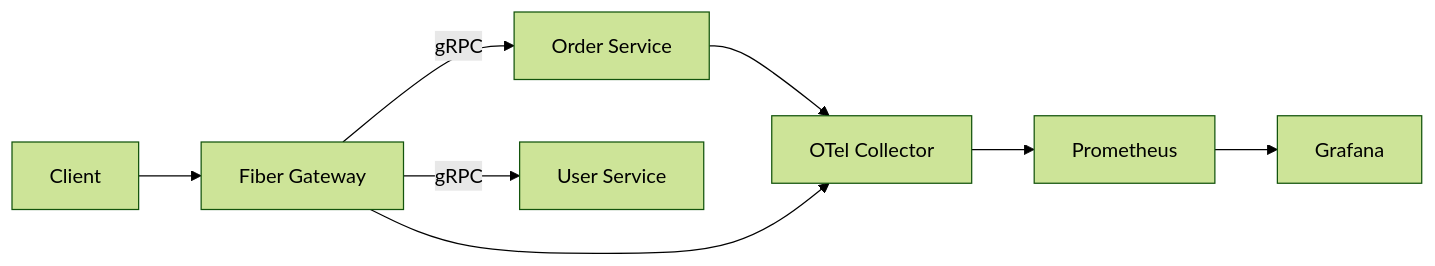
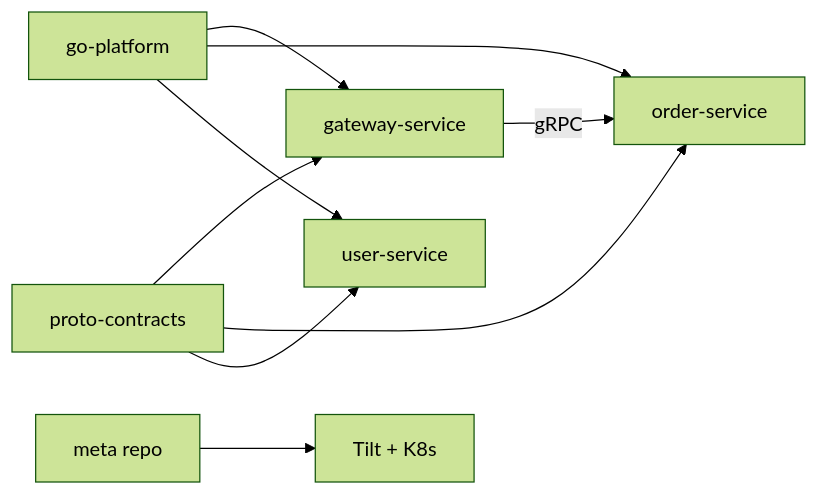
The diagram in docs/ADDING_NEW_FEATURE.md (imkhoirularifin/go-grpc-microservice-template), drawn with Mermaid (forest theme) before and after one commit. The commit also changed other lines of this file and 77 other files, not shown here.

````diff
--- a/docs/ADDING_NEW_FEATURE.md
+++ b/docs/ADDING_NEW_FEATURE.md
@@ -9,10 +9,11 @@
 ```mermaid
 flowchart LR
-    Client --> Gateway[Fiber Gateway]
-    Gateway -->|gRPC| OrderService[Order Service]
-    Gateway -->|gRPC| UserService[User Service]
-    OrderService --> OTel[OTel Collector]
-    Gateway --> OTel
-    OTel --> Prometheus
-    Prometheus --> Grafana
+    Proto[proto-contracts] --> UserSvc[user-service]
+    Proto --> OrderSvc[order-service]
+    Proto --> GW[gateway-service]
+    Platform[go-platform] --> UserSvc
+    Platform --> OrderSvc
+    Platform --> GW
+    GW -->|gRPC| OrderSvc
+    Meta[meta repo] --> Tilt[Tilt + K8s]
 ```
````
